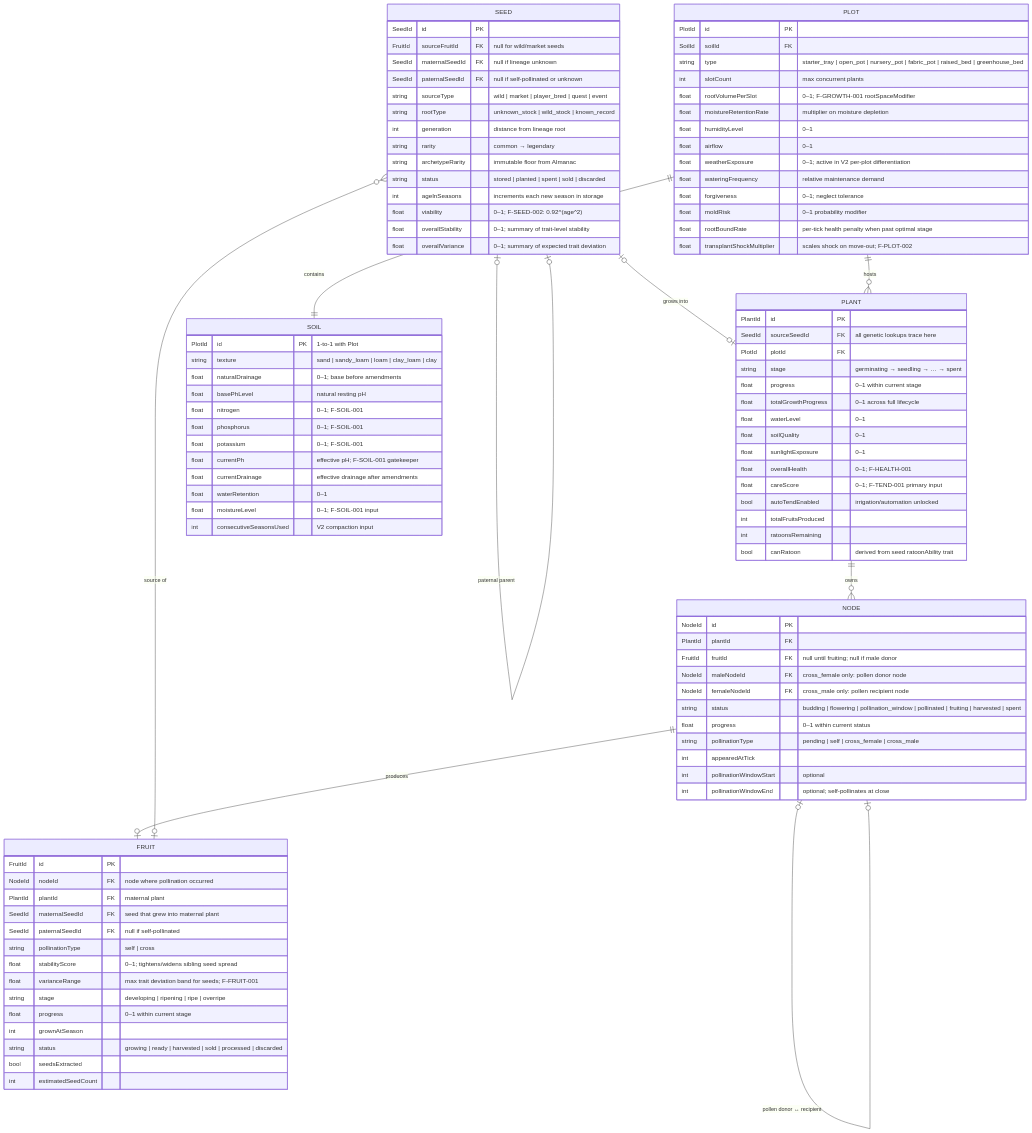
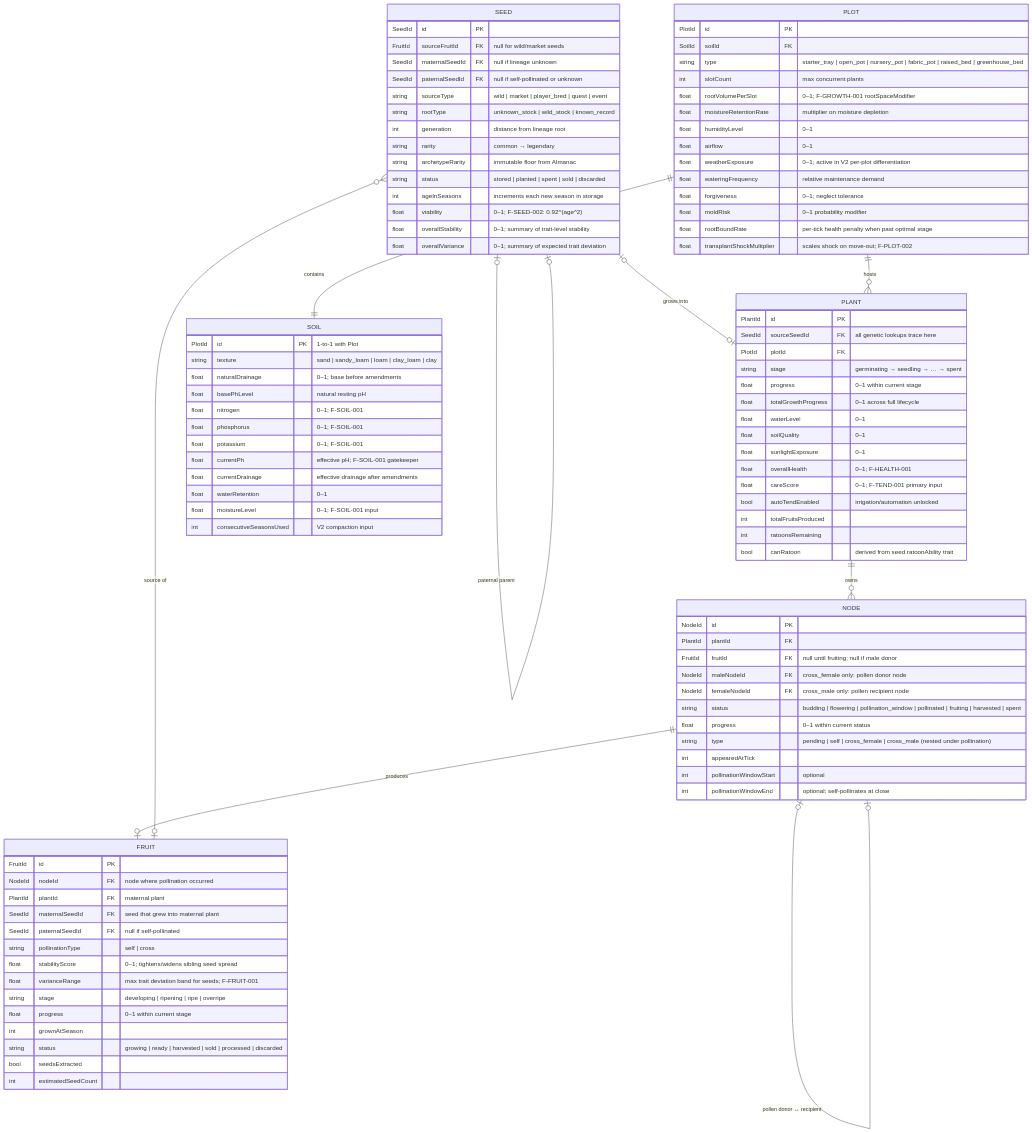
The diagram in docs/data-models/ERD.md (wulke/pepper-pirate), drawn with Mermaid before and after one commit. The commit also changed 3 other files, not shown here.

First line of the commit message:
ci: add ERD→types validator and GitHub Actions workflow

```diff
--- a/docs/data-models/ERD.md
+++ b/docs/data-models/ERD.md
@@ -54,7 +54,7 @@
         NodeId      femaleNodeId        FK  "cross_male only: pollen recipient node"
         string      status                  "budding | flowering | pollination_window | pollinated | fruiting | harvested | spent"
         float       progress                "0–1 within current status"
-        string      pollinationType         "pending | self | cross_female | cross_male"
+        string      type                    "pending | self | cross_female | cross_male (nested under pollination)"
         int         appearedAtTick
         int         pollinationWindowStart  "optional"
         int         pollinationWindowEnd    "optional; self-pollinates at close"
```
